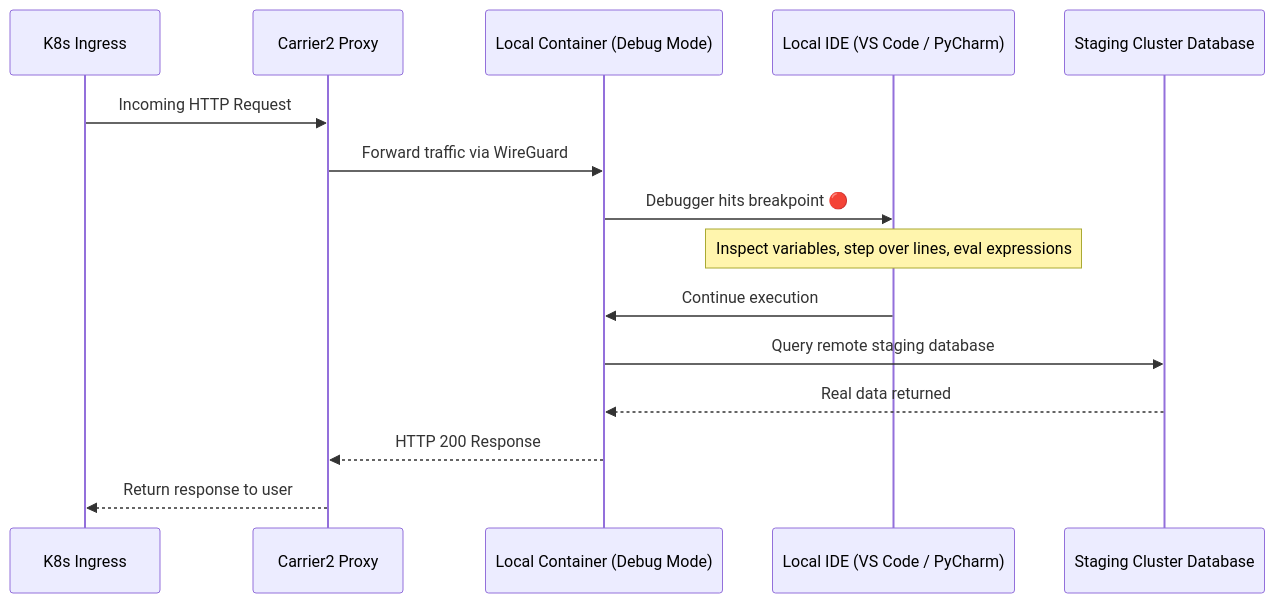
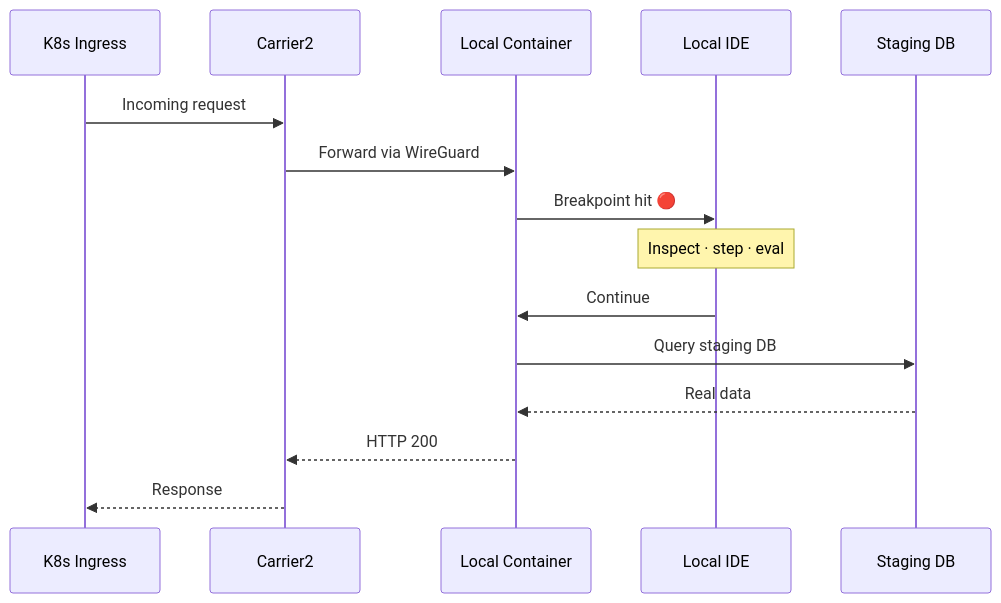
The diagram in gefyra-docs/content/en/3.developer-workflows/2.ide-debugging.md (gefyrahq/gefyra), drawn with Mermaid before and after one commit. The commit also changed 13 other files, not shown here.

First line of the commit message:
feat: enable expand functionality in Nuxt config and update Mermaid styles (#1565)

````diff
--- a/gefyra-docs/content/en/3.developer-workflows/2.ide-debugging.md
+++ b/gefyra-docs/content/en/3.developer-workflows/2.ide-debugging.md
@@ -19,18 +19,18 @@
 ```mermaid
 sequenceDiagram
     participant Ingress as K8s Ingress
-    participant Carrier as Carrier2 Proxy
-    participant LocalApp as Local Container (Debug Mode)
-    participant IDE as Local IDE (VS Code / PyCharm)
-    participant DB as Staging Cluster Database
+    participant Carrier as Carrier2
+    participant App as Local Container
+    participant IDE as Local IDE
+    participant DB as Staging DB
 
-    Ingress->>Carrier: Incoming HTTP Request
-    Carrier->>LocalApp: Forward traffic via WireGuard
-    LocalApp->>IDE: Debugger hits breakpoint 🔴
-    Note over IDE: Inspect variables, step over lines, eval expressions
-    IDE->>LocalApp: Continue execution
-    LocalApp->>DB: Query remote staging database
-    DB-->>LocalApp: Real data returned
-    LocalApp-->>Carrier: HTTP 200 Response
-    Carrier-->>Ingress: Return response to user
+    Ingress->>Carrier: Incoming request
+    Carrier->>App: Forward via WireGuard
+    App->>IDE: Breakpoint hit 🔴
+    Note over IDE: Inspect · step · eval
+    IDE->>App: Continue
+    App->>DB: Query staging DB
+    DB-->>App: Real data
+    App-->>Carrier: HTTP 200
+    Carrier-->>Ingress: Response
 ```
````
